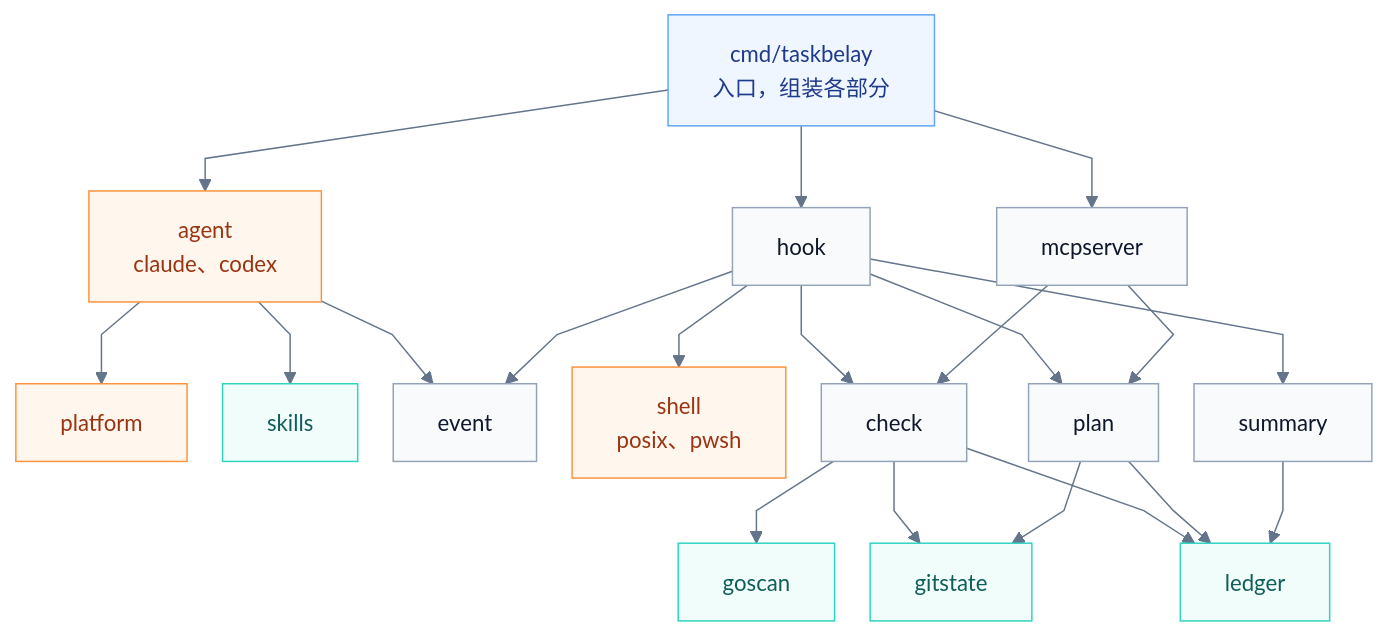
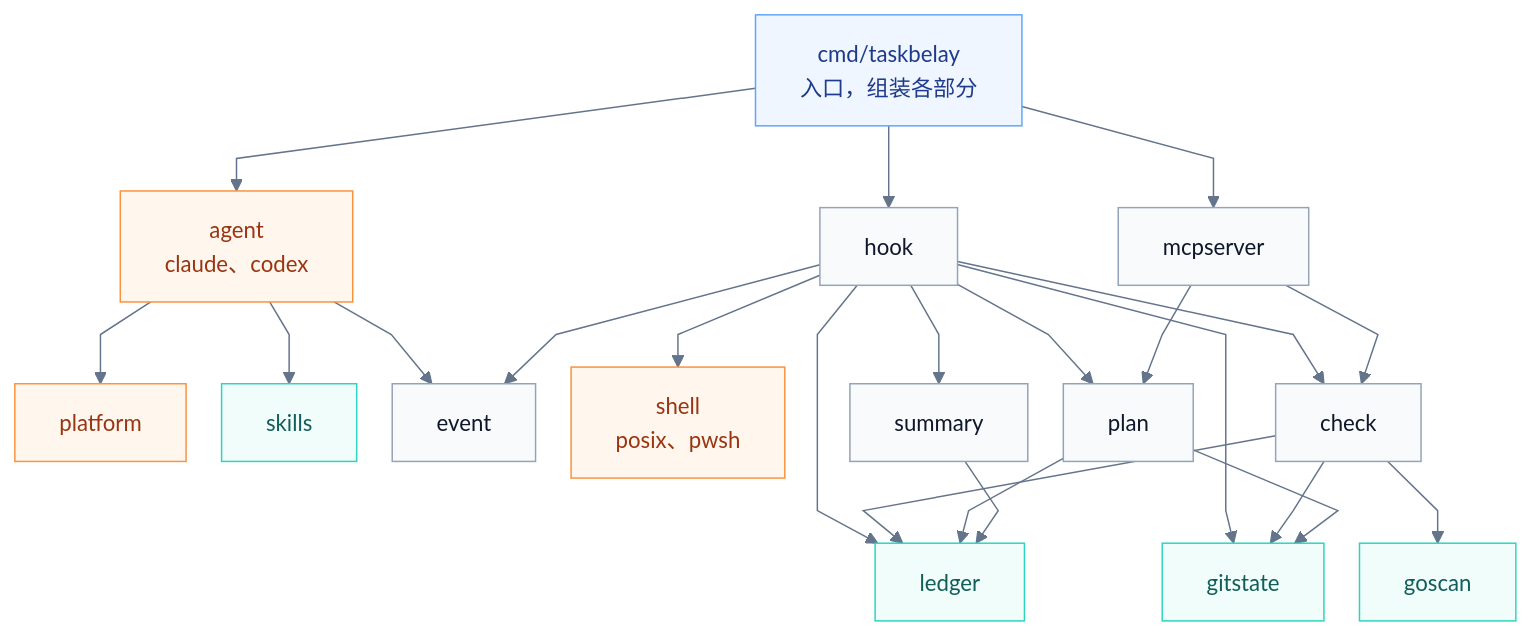
One commit to Innocent-children/TaskBelay changed the second of 3 diagrams in docs/product-architecture.md. Above: the diagram before and after it, drawn with Mermaid. The commit also changed other lines of this file and 32 other files, not shown here.

````diff
--- a/docs/product-architecture.md
+++ b/docs/product-architecture.md
@@ -95,36 +96,38 @@
 ```mermaid
 %%{init: {"theme": "base", "themeVariables": {"fontFamily": "PingFang SC, Microsoft YaHei, sans-serif", "fontSize": "15px", "edgeLabelBackground": "#ffffff", "lineColor": "#64748b"}, "flowchart": {"curve": "linear", "nodeSpacing": 24, "rankSpacing": 44}}}%%
 flowchart TB
     CMD["cmd/taskbelay<br/>入口，组装各部分"]
 
     CMD --> AGENT["agent<br/>claude、codex"]
     CMD --> HOOK["hook"]
     CMD --> MCPS["mcpserver"]
 
     AGENT --> PLATFORM["platform"]
     AGENT --> SKILLS["skills"]
     AGENT --> EVENT["event"]
     HOOK --> EVENT
+    HOOK --> LEDGER
+    HOOK --> GITSTATE
     HOOK --> SHELL["shell<br/>posix、pwsh"]
     HOOK --> CHECK["check"]
     HOOK --> PLAN["plan"]
     HOOK --> SUMMARY["summary"]
     MCPS --> CHECK
     MCPS --> PLAN
 
     CHECK --> GOSCAN["goscan"]
     CHECK --> GITSTATE["gitstate"]
     CHECK --> LEDGER["ledger"]
     PLAN --> GITSTATE
     PLAN --> LEDGER
     SUMMARY --> LEDGER
 
     classDef entry fill:#eff6ff,stroke:#60a5fa,color:#1e3a8a;
     classDef diff fill:#fff7ed,stroke:#fb923c,color:#9a3412;
     classDef logic fill:#f8fafc,stroke:#94a3b8,color:#0f172a;
     classDef data fill:#f0fdfa,stroke:#2dd4bf,color:#115e59;
     class CMD entry;
     class AGENT,PLATFORM,SHELL diff;
     class EVENT,HOOK,MCPS,CHECK,PLAN,SUMMARY logic;
     class GOSCAN,GITSTATE,LEDGER,SKILLS data;
 ```
````
